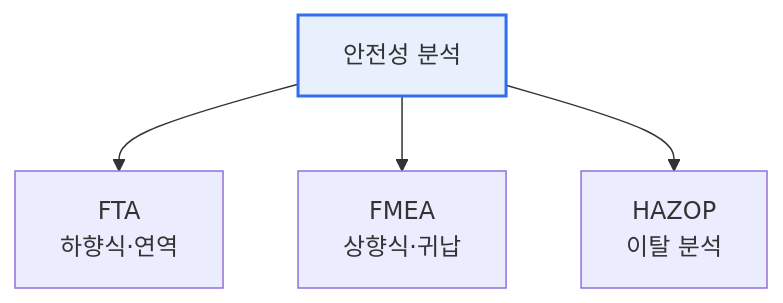
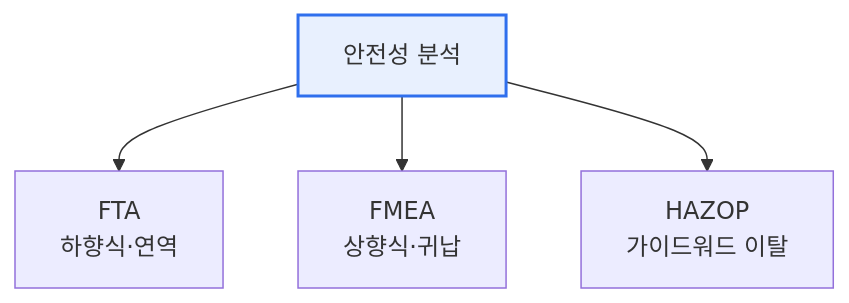
The diagram in content/software-safety-analysis.md (coninggu/wjdqhrhksflrltnftk), drawn with Mermaid before and after one commit. The commit also changed other lines of this file and 5 other files, not shown here.

````diff
--- a/content/software-safety-analysis.md
+++ b/content/software-safety-analysis.md
@@ -12,7 +15,7 @@
 ```mermaid
 flowchart TB
-  S[안전성 분석] --> F[FTA<br/>하향식·연역]
-  S --> M[FMEA<br/>상향식·귀납]
-  S --> H[HAZOP<br/>이탈 분석]
+  S[안전성 분석] --> F["FTA<br/>하향식·연역"]
+  S --> M["FMEA<br/>상향식·귀납"]
+  S --> H["HAZOP<br/>가이드워드 이탈"]
   style S fill:#e8f0fe,stroke:#2f6fed,stroke-width:2px
 ```
````
